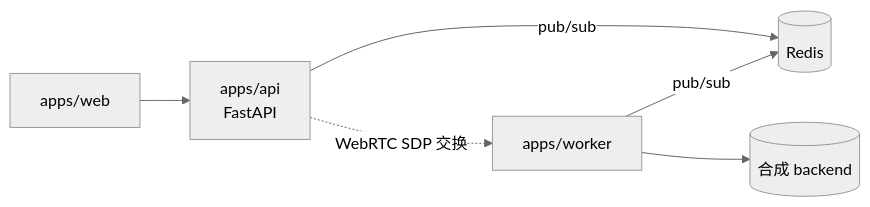
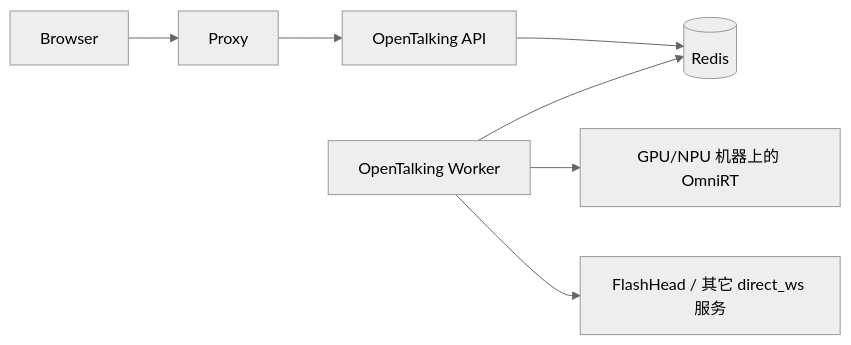
The second of 2 diagrams in docs/zh/user-guide/deployment.md (datascale-ai/opentalking), drawn with Mermaid (neutral theme) before and after one commit. The commit also changed other lines of this file and 3 other files, not shown here.

````diff
--- a/docs/zh/user-guide/deployment.md
+++ b/docs/zh/user-guide/deployment.md
@@ -60,14 +237,9 @@
 ```mermaid
 flowchart LR
-    Web[apps/web]
-    API[apps/api<br/>FastAPI]
-    Worker[apps/worker]
-    Redis[(Redis)]
-    Backend[(合成 backend)]
-
-    Web --> API
-    API -- pub/sub --> Redis
-    Worker -- pub/sub --> Redis
-    Worker --> Backend
-    API -. WebRTC SDP 交换 .-> Worker
+    Browser --> Proxy
+    Proxy --> API[OpenTalking API]
+    API --> Redis[(Redis)]
+    Worker[OpenTalking Worker] --> Redis
+    Worker --> OmniRT[GPU/NPU 机器上的 OmniRT]
+    Worker --> DirectWS[FlashHead / 其它 direct_ws 服务]
 ```
````
